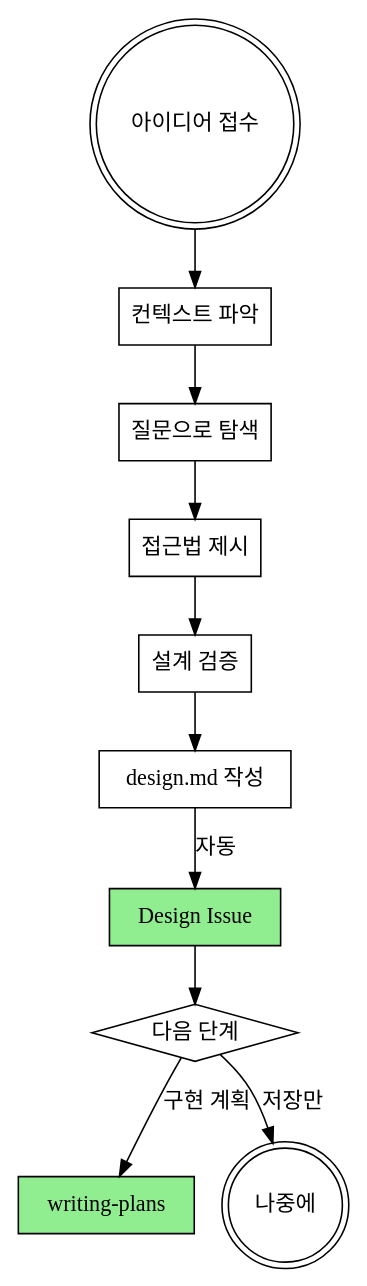
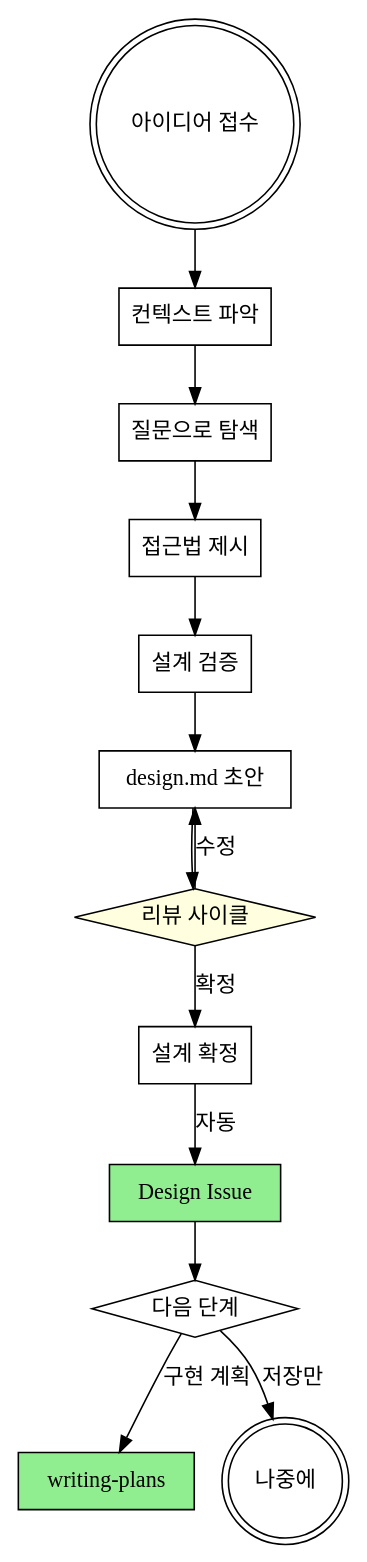
The diagram in skills/brainstorming/SKILL.md (junsik/github-superpowers), drawn with Graphviz before and after one commit. The commit also changed other lines of this file, not shown here.

Commit message:
feat: add review-modify cycle before design finalization

````diff
--- a/skills/brainstorming/SKILL.md
+++ b/skills/brainstorming/SKILL.md
@@ -18,24 +18,29 @@
 ```dot
 digraph brainstorming {
     "아이디어 접수" [shape=doublecircle];
     "컨텍스트 파악" [shape=box];
     "질문으로 탐색" [shape=box];
     "접근법 제시" [shape=box];
     "설계 검증" [shape=box];
-    "design.md 작성" [shape=box];
+    "design.md 초안" [shape=box];
+    "리뷰 사이클" [shape=diamond, style=filled, fillcolor=lightyellow];
+    "설계 확정" [shape=box];
     "Design Issue" [shape=box, style=filled, fillcolor=lightgreen];
     "다음 단계" [shape=diamond];
     "writing-plans" [shape=box, style=filled, fillcolor=lightgreen];
     "나중에" [shape=doublecircle];
 
     "아이디어 접수" -> "컨텍스트 파악";
     "컨텍스트 파악" -> "질문으로 탐색";
     "질문으로 탐색" -> "접근법 제시";
     "접근법 제시" -> "설계 검증";
-    "설계 검증" -> "design.md 작성";
-    "design.md 작성" -> "Design Issue" [label="자동"];
+    "설계 검증" -> "design.md 초안";
+    "design.md 초안" -> "리뷰 사이클";
+    "리뷰 사이클" -> "design.md 초안" [label="수정"];
+    "리뷰 사이클" -> "설계 확정" [label="확정"];
+    "설계 확정" -> "Design Issue" [label="자동"];
     "Design Issue" -> "다음 단계";
     "다음 단계" -> "writing-plans" [label="구현 계획"];
     "다음 단계" -> "나중에" [label="저장만"];
 }
 ```
````
